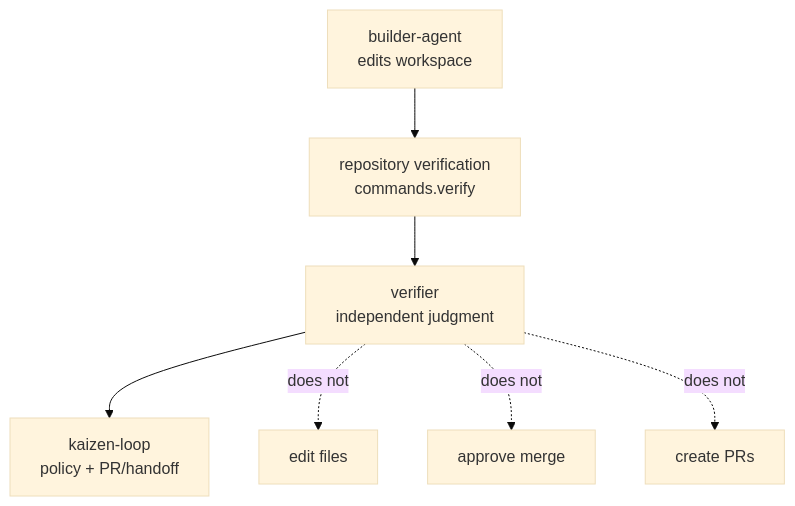
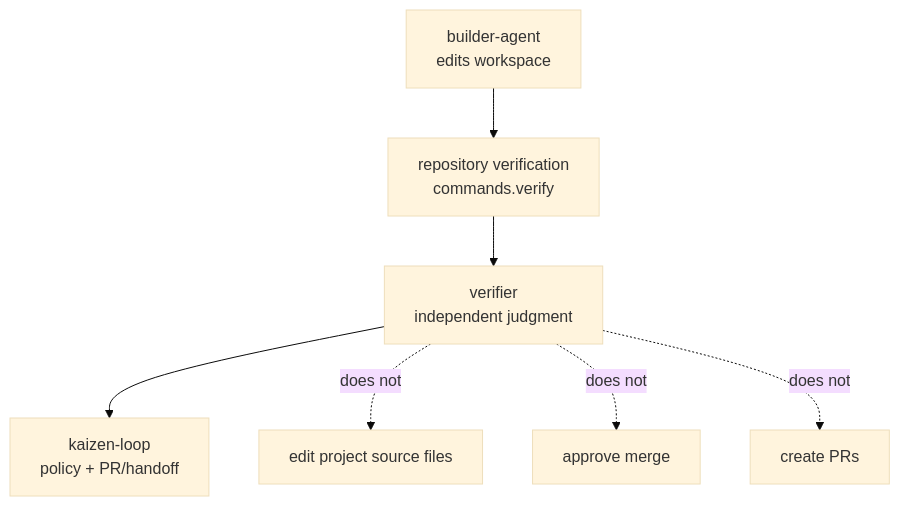
Before and after one commit to kaizen-agents-org/verifier: the second of 2 diagrams in README.md, drawn with Mermaid (base theme). The commit also changed other lines of this file, not shown here.

Commit message:
Align README with verifier behavior (#167)

````diff
--- a/README.md
+++ b/README.md
@@ -32,10 +32,10 @@
 ```mermaid
 flowchart TB
     Builder["builder-agent<br/>edits workspace"] --> Checks["repository verification<br/>commands.verify"]
     Checks --> Verifier["verifier<br/>independent judgment"]
     Verifier --> Loop["kaizen-loop<br/>policy + PR/handoff"]
 
-    Verifier -.does not.-> Edit["edit files"]
+    Verifier -.does not.-> Edit["edit project source files"]
     Verifier -.does not.-> Merge["approve merge"]
     Verifier -.does not.-> PRCreate["create PRs"]
 ```
````
